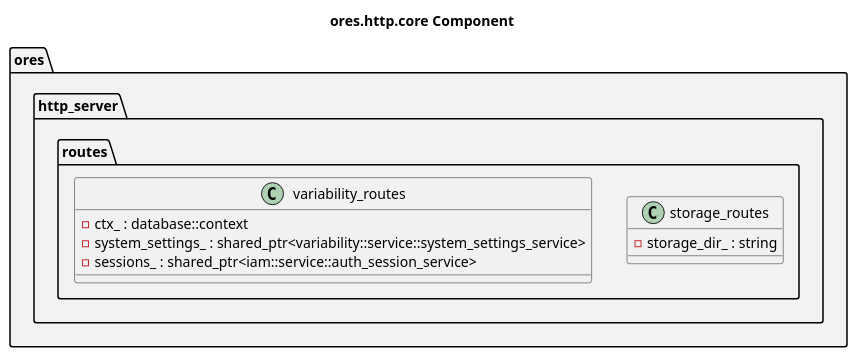
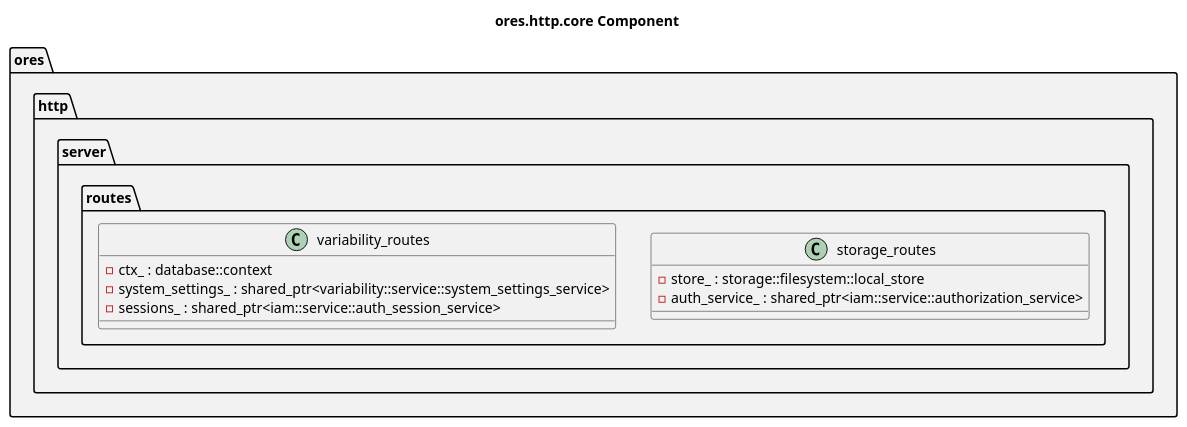
Before and after one commit to OreStudio/OreStudio: the diagram in projects/ores.http/core/modeling/ores.http.core.puml, drawn with PlantUML. The commit also changed 36 other files, not shown here.

```diff
--- a/projects/ores.http/core/modeling/ores.http.core.puml
+++ b/projects/ores.http/core/modeling/ores.http.core.puml
@@ -18,27 +18,30 @@
 @startuml
 
 title ores.http.core Component
 
 set namespaceSeparator ::
 
 namespace ores #F2F2F2 {
-    namespace http_server #F2F2F2 {
-        namespace routes #F2F2F2 {
-            class storage_routes {
-                -storage_dir_ : string
-            }
-            class variability_routes {
-                -ctx_ : database::context
-                -system_settings_ : shared_ptr<variability::service::system_settings_service>
-                -sessions_ : shared_ptr<iam::service::auth_session_service>
+    namespace http #F2F2F2 {
+        namespace server #F2F2F2 {
+            namespace routes #F2F2F2 {
+                class storage_routes {
+                    -store_ : storage::filesystem::local_store
+                    -auth_service_ : shared_ptr<iam::service::authorization_service>
+                }
+                class variability_routes {
+                    -ctx_ : database::context
+                    -system_settings_ : shared_ptr<variability::service::system_settings_service>
+                    -sessions_ : shared_ptr<iam::service::auth_session_service>
+                }
             }
         }
     }
 }
 
 ' --- manual: everything below this line is hand-authored; the script preserves it ---
 
 ' Local Variables:
 ' compile-command: "java -Djava.awt.headless=true -DPLANTUML_SECURITY_PROFILE=UNSECURE -DPLANTUML_LIMIT_SIZE=65535 -jar /usr/share/plantuml/plantuml.jar ores.http.core.puml"
 ' End:
 @enduml
```
